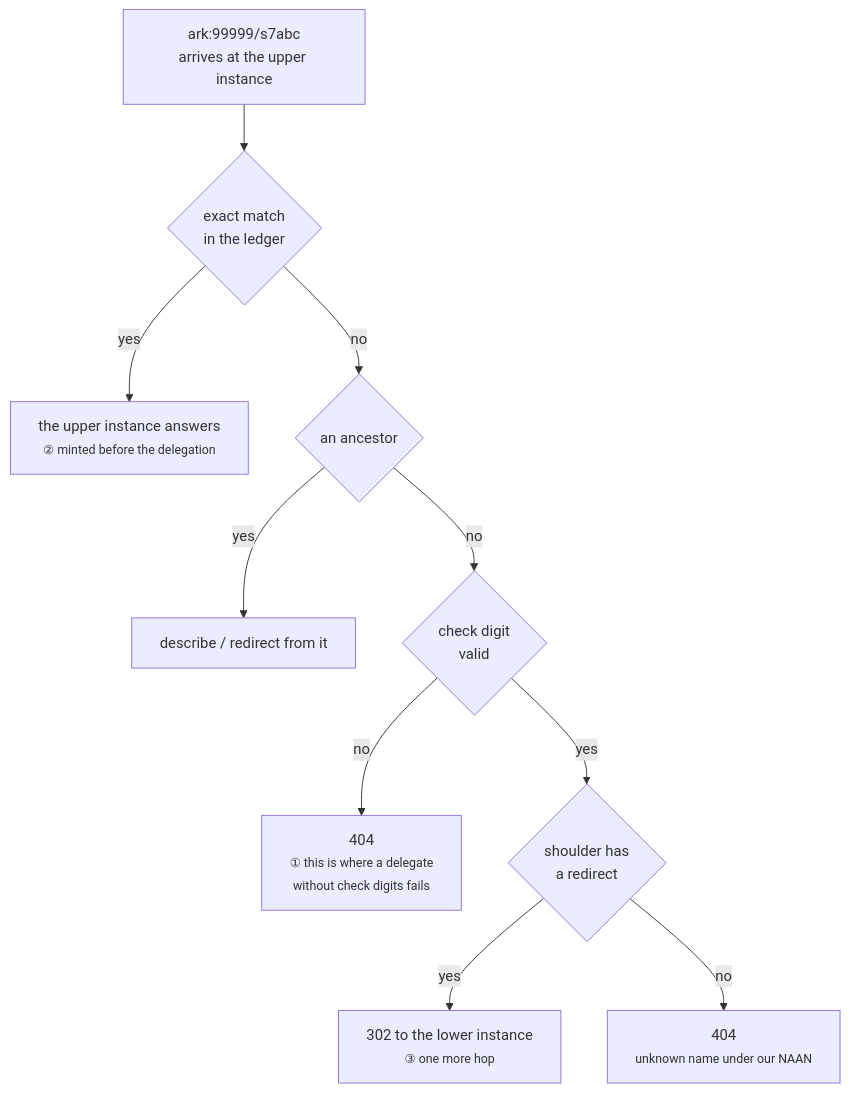
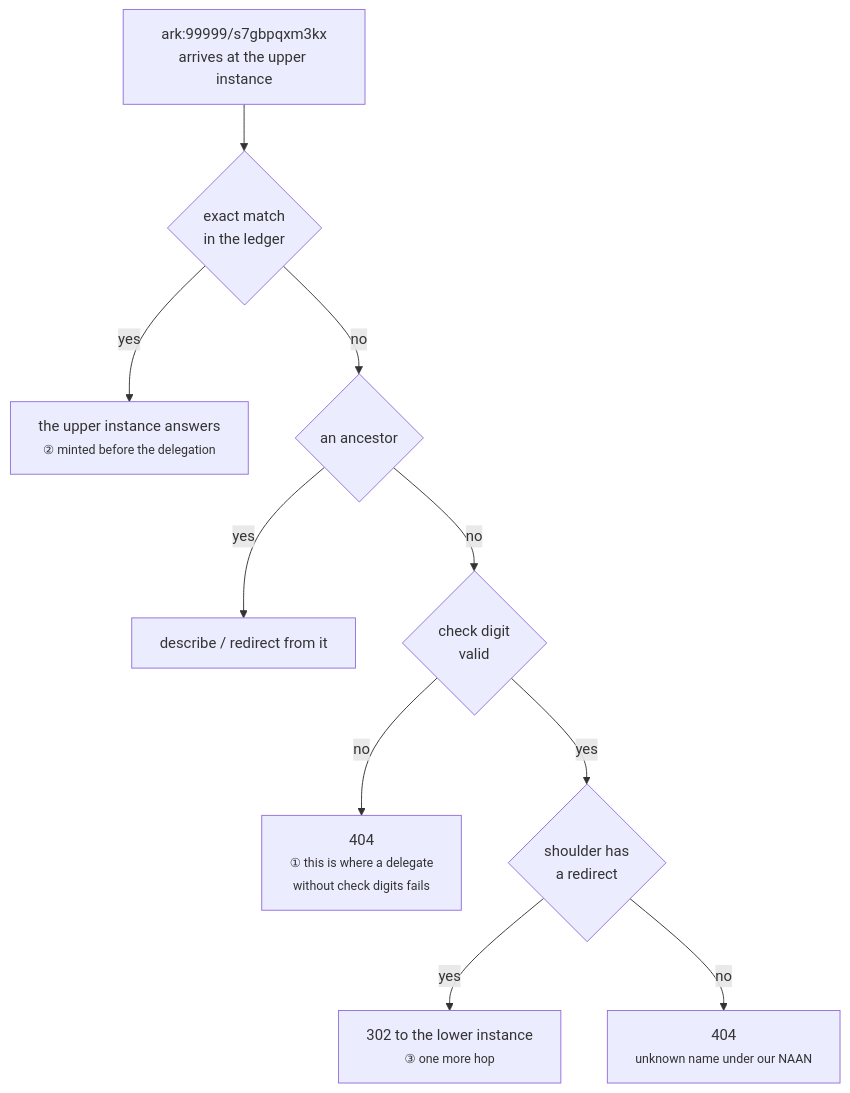
The eighth of 14 diagrams in docs/guides/federation.md (RCOSDP/arkhe), drawn with Mermaid before and after one commit. The commit also changed other lines of this file and 29 other files, not shown here.

````diff
--- a/docs/guides/federation.md
+++ b/docs/guides/federation.md
@@ -187,12 +187,12 @@
 ```mermaid
 flowchart TD
-    R["ark:99999/s7abc<br/>arrives at the upper instance"] --> E{"exact match<br/>in the ledger"}
+    R["ark:99999/s7gbpqxm3kx<br/>arrives at the upper instance"] --> E{"exact match<br/>in the ledger"}
     E -->|yes| A1["the upper instance answers<br/><small>② minted before the delegation</small>"]
     E -->|no| P{"an ancestor"}
     P -->|yes| A2["describe / redirect from it"]
     P -->|no| CD{"check digit<br/>valid"}
     CD -->|no| F1["404<br/><small>① this is where a delegate<br/>without check digits fails</small>"]
     CD -->|yes| SR{"shoulder has<br/>a redirect"}
     SR -->|yes| G["302 to the lower instance<br/><small>③ one more hop</small>"]
     SR -->|no| F2["404<br/><small>unknown name under our NAAN</small>"]
 ```
````
